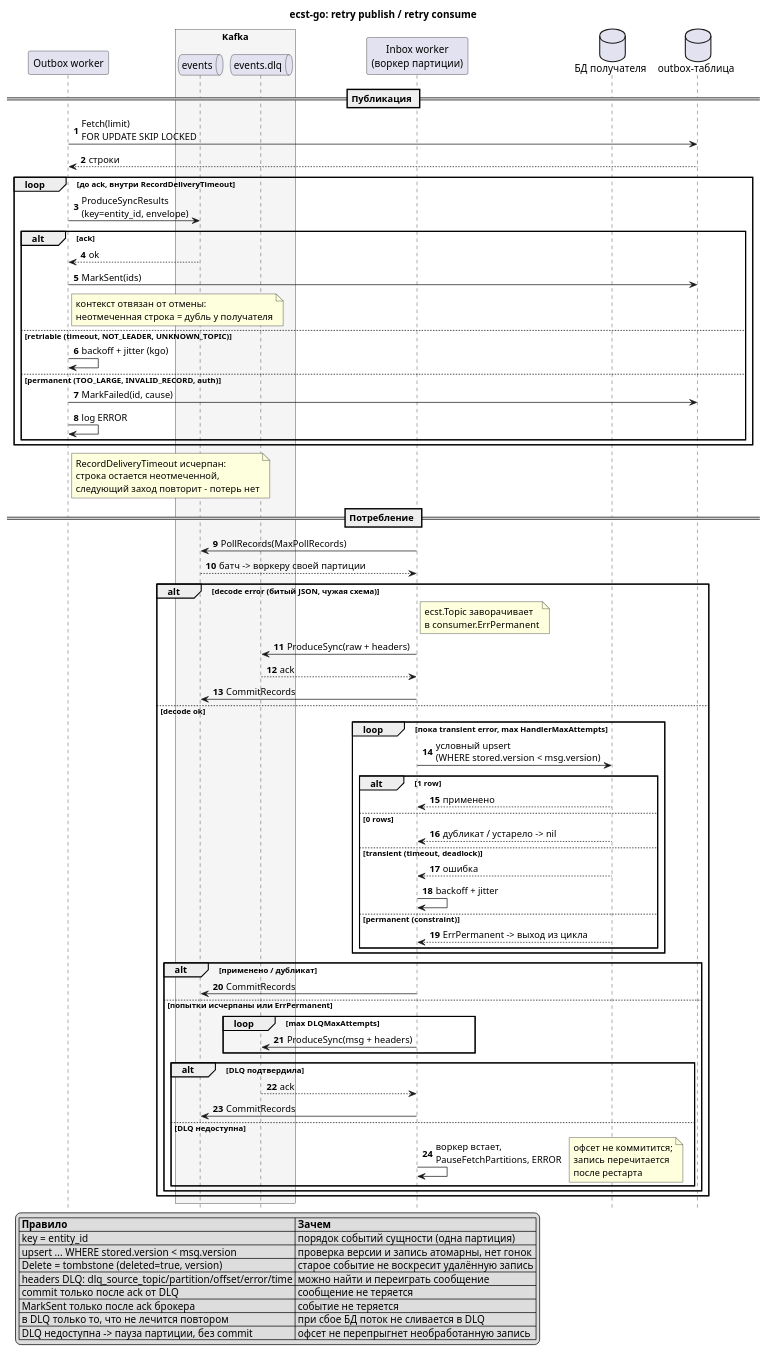
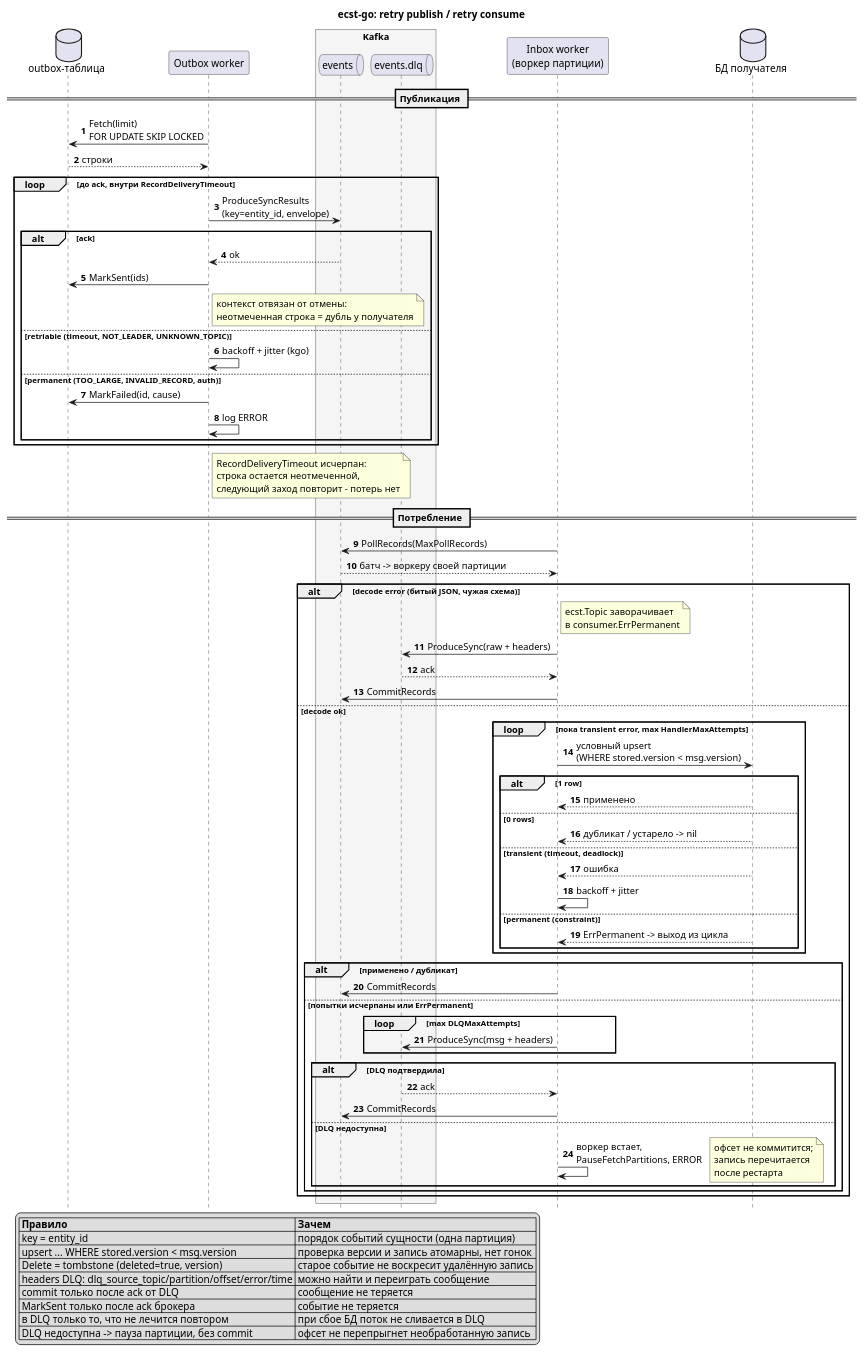
One commit to giicoo/ecst-go changed the diagram in docs/diagrams/publish-consume.puml. Above: the diagram before and after it, drawn with PlantUML. The commit also changed other lines of this file and 8 other files, not shown here.

Commit message:
docs: fix diagram

```diff
--- a/docs/diagrams/publish-consume.puml
+++ b/docs/diagrams/publish-consume.puml
@@ -1,94 +1,94 @@
 @startuml
 title ecst-go: retry publish / retry consume
 hide footbox
 autonumber
 
+database "outbox-таблица" as Outbox
 participant "Outbox worker" as Producer
 box "Kafka" #F5F5F5
   queue "events" as Topic
   queue "events.dlq" as DLQ
 end box
 participant "Inbox worker\n(воркер партиции)" as Consumer
 database "БД получателя" as DB
-database "outbox-таблица" as Outbox
 
 == Публикация ==
 
 Producer -> Outbox : Fetch(limit)\nFOR UPDATE SKIP LOCKED
 Outbox --> Producer : строки
 
 loop до ack, внутри RecordDeliveryTimeout
   Producer -> Topic : ProduceSyncResults\n(key=entity_id, envelope)
   alt ack
     Topic --> Producer : ok
     Producer -> Outbox : MarkSent(ids)
     note right of Producer
       контекст отвязан от отмены:
       неотмеченная строка = дубль у получателя
     end note
   else retriable (timeout, NOT_LEADER, UNKNOWN_TOPIC)
     Producer -> Producer : backoff + jitter (kgo)
   else permanent (TOO_LARGE, INVALID_RECORD, auth)
     Producer -> Outbox : MarkFailed(id, cause)
     Producer -> Producer : log ERROR
   end
 end
 note right of Producer
   RecordDeliveryTimeout исчерпан:
   строка остается неотмеченной,
   следующий заход повторит - потерь нет
 end note
 
 == Потребление ==
 
 Consumer -> Topic : PollRecords(MaxPollRecords)
 Topic --> Consumer : батч -> воркеру своей партиции
 
 alt decode error (битый JSON, чужая схема)
   note right of Consumer : ecst.Topic заворачивает\nв consumer.ErrPermanent
   Consumer -> DLQ : ProduceSync(raw + headers)
   DLQ --> Consumer : ack
   Consumer -> Topic : CommitRecords
 else decode ok
   loop пока transient error, max HandlerMaxAttempts
     Consumer -> DB : условный upsert\n(WHERE stored.version < msg.version)
     alt 1 row
       DB --> Consumer : применено
     else 0 rows
       DB --> Consumer : дубликат / устарело -> nil
     else transient (timeout, deadlock)
       DB --> Consumer : ошибка
       Consumer -> Consumer : backoff + jitter
     else permanent (constraint)
       DB --> Consumer : ErrPermanent -> выход из цикла
     end
   end
 
   alt применено / дубликат
     Consumer -> Topic : CommitRecords
   else попытки исчерпаны или ErrPermanent
     loop max DLQMaxAttempts
       Consumer -> DLQ : ProduceSync(msg + headers)
     end
     alt DLQ подтвердила
       DLQ --> Consumer : ack
       Consumer -> Topic : CommitRecords
     else DLQ недоступна
       Consumer -> Consumer : воркер встает,\nPauseFetchPartitions, ERROR
       note right : офсет не коммитится;\nзапись перечитается\nпосле рестарта
     end
   end
 end
 
 legend bottom left
   |= Правило |= Зачем |
   | key = entity_id | порядок событий сущности (одна партиция) |
   | upsert ... WHERE stored.version < msg.version | проверка версии и запись атомарны, нет гонок |
   | Delete = tombstone (deleted=true, version) | старое событие не воскресит удалённую запись |
   | headers DLQ: dlq_source_topic/partition/offset/error/time | можно найти и переиграть сообщение |
   | commit только после ack от DLQ | сообщение не теряется |
   | MarkSent только после ack брокера | событие не теряется |
   | в DLQ только то, что не лечится повтором | при сбое БД поток не сливается в DLQ |
   | DLQ недоступна -> пауза партиции, без commit | офсет не перепрыгнет необработанную запись |
 endlegend
 @enduml
```
